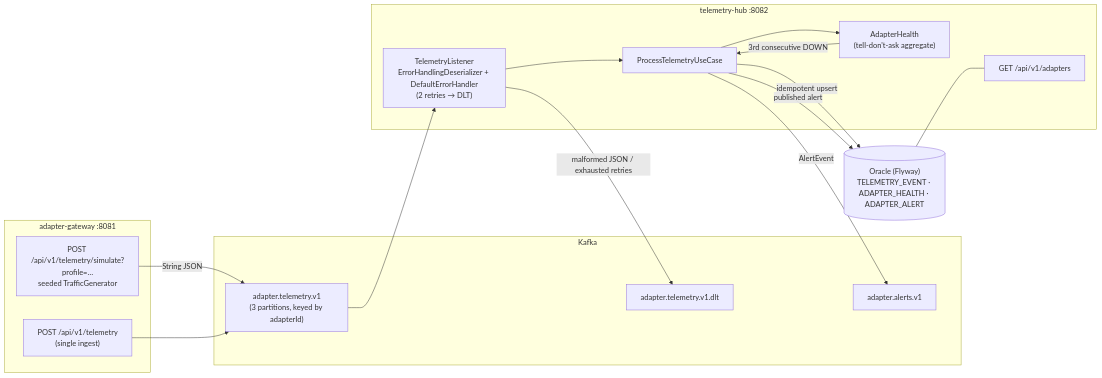
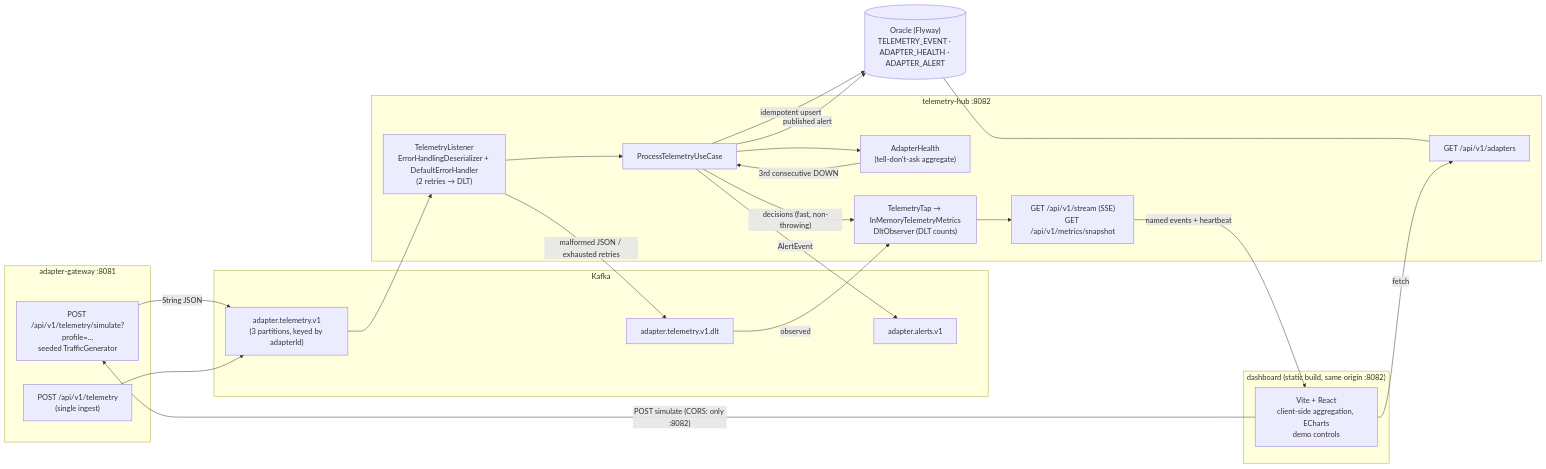
One commit to jordimarsal/kafka-adapter-telemetry changed the diagram in README.md. Above: the diagram before and after it, drawn with Mermaid. The commit also changed other lines of this file and 3 other files, not shown here.

Commit message:
docs+feat: hub serves dashboard build; demo.sh builds it; ADR-0004

````diff
--- a/README.md
+++ b/README.md
@@ -18,33 +20,45 @@
 ```mermaid
 flowchart LR
     subgraph gateway["adapter-gateway :8081"]
         SIM["POST /api/v1/telemetry/simulate?profile=…<br/>seeded TrafficGenerator"]
         ING["POST /api/v1/telemetry<br/>(single ingest)"]
     end
 
     subgraph kafka["Kafka"]
         T1["adapter.telemetry.v1<br/>(3 partitions, keyed by adapterId)"]
         T2["adapter.alerts.v1"]
         T3["adapter.telemetry.v1.dlt"]
     end
 
     subgraph hub["telemetry-hub :8082"]
         L["TelemetryListener<br/>ErrorHandlingDeserializer + DefaultErrorHandler<br/>(2 retries → DLT)"]
         UC["ProcessTelemetryUseCase"]
         AH["AdapterHealth<br/>(tell-don't-ask aggregate)"]
+        TAP["TelemetryTap → InMemoryTelemetryMetrics<br/>DltObserver (DLT counts)"]
+        SSE["GET /api/v1/stream (SSE)<br/>GET /api/v1/metrics/snapshot"]
         RD["GET /api/v1/adapters"]
+    end
+
+    subgraph dash["dashboard (static build, same origin :8082)"]
+        UI["Vite + React<br/>client-side aggregation, ECharts<br/>demo controls"]
     end
 
     DB[("Oracle (Flyway)<br/>TELEMETRY_EVENT · ADAPTER_HEALTH · ADAPTER_ALERT")]
 
     SIM -->|"String JSON"| T1
     ING --> T1
     T1 --> L --> UC
     UC -->|"idempotent upsert"| DB
     UC --> AH
     AH -->|"3rd consecutive DOWN"| UC
     UC -->|"AlertEvent"| T2
     UC -->|"published alert"| DB
     L -->|"malformed JSON / exhausted retries"| T3
     DB --- RD
+    UC -->|"decisions (fast, non-throwing)"| TAP
+    T3 -->|"observed"| TAP
+    TAP --> SSE
+    SSE -->|"named events + heartbeat"| UI
+    UI -->|"fetch"| RD
+    UI -->|"POST simulate (CORS: only :8082)"| SIM
 ```
````
